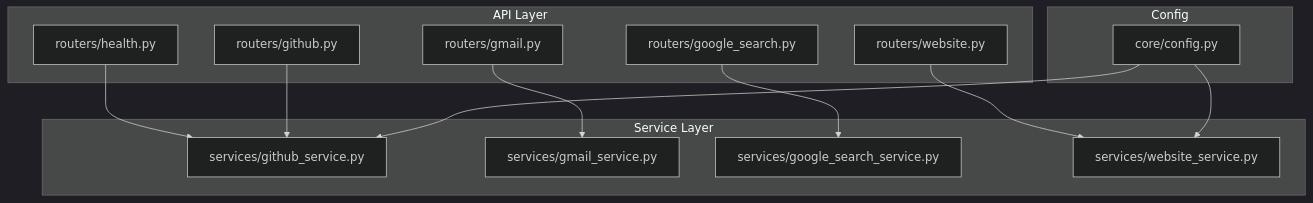
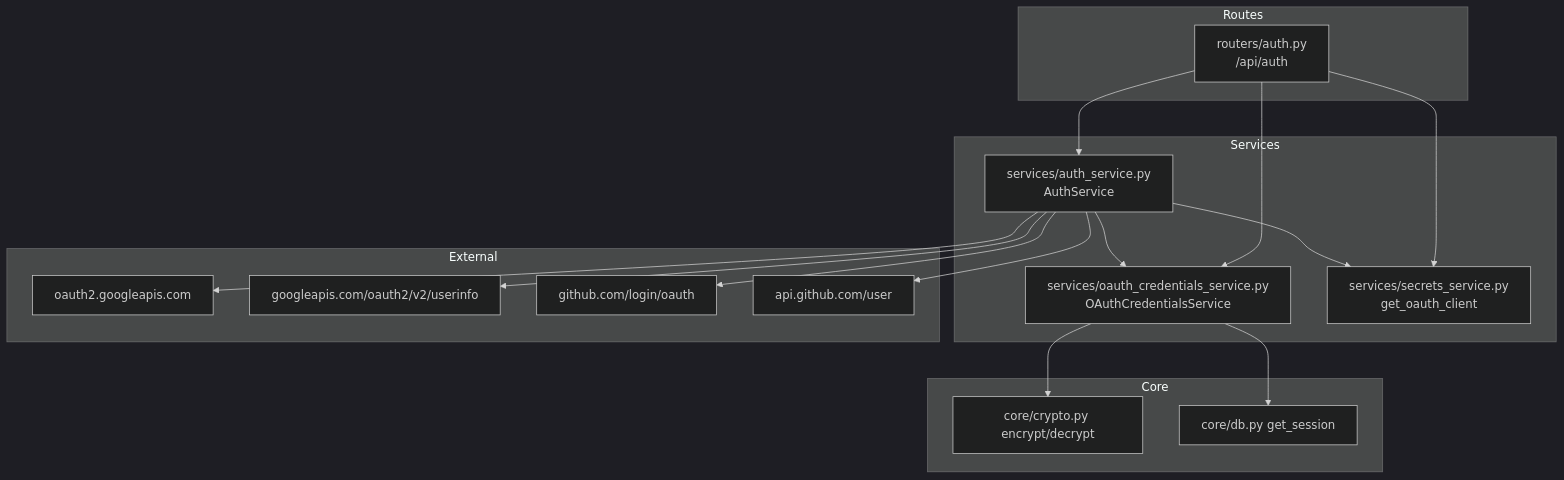
One commit to tashifkhan/tashif.codes changed the first of 4 diagrams in src/data/docs/agentic-browser/API Server/Authentication and Security.md. Above: the diagram before and after it, drawn with Mermaid (dark theme). The commit also changed other lines of this file and 114 other files, not shown here.

````diff
--- a/src/data/docs/agentic-browser/API Server/Authentication and Security.md
+++ b/src/data/docs/agentic-browser/API Server/Authentication and Security.md
@@ -31,26 +17,32 @@
 ```mermaid
 graph TB
-subgraph "API Layer"
-R_health["routers/health.py"]
-R_github["routers/github.py"]
-R_gmail["routers/gmail.py"]
-R_google_search["routers/google_search.py"]
-R_website["routers/website.py"]
-end
-subgraph "Service Layer"
-S_github["services/github_service.py"]
-S_gmail["services/gmail_service.py"]
-S_google_search["services/google_search_service.py"]
-S_website["services/website_service.py"]
-end
-subgraph "Config"
-C_cfg["core/config.py"]
-end
-R_health --> S_github
-R_github --> S_github
-R_gmail --> S_gmail
-R_google_search --> S_google_search
-R_website --> S_website
-C_cfg --> S_github
-C_cfg --> S_website
+  subgraph "Routes"
+    AUTH["routers/auth.py<br/>/api/auth"]
+  end
+  subgraph "Services"
+    AS["services/auth_service.py<br/>AuthService"]
+    OC["services/oauth_credentials_service.py<br/>OAuthCredentialsService"]
+    SEC["services/secrets_service.py<br/>get_oauth_client"]
+  end
+  subgraph "Core"
+    CR["core/crypto.py encrypt/decrypt"]
+    DB["core/db.py get_session"]
+  end
+  subgraph "External"
+    G["oauth2.googleapis.com"]
+    GU["googleapis.com/oauth2/v2/userinfo"]
+    GH["github.com/login/oauth"]
+    GHU["api.github.com/user"]
+  end
+  AUTH --> AS
+  AUTH --> OC
+  AUTH --> SEC
+  AS --> SEC
+  AS --> OC
+  AS --> G
+  AS --> GU
+  AS --> GH
+  AS --> GHU
+  OC --> CR
+  OC --> DB
 ```
````
